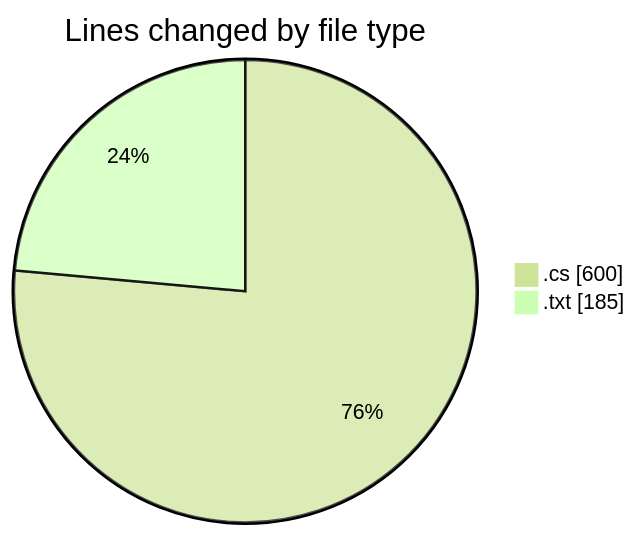
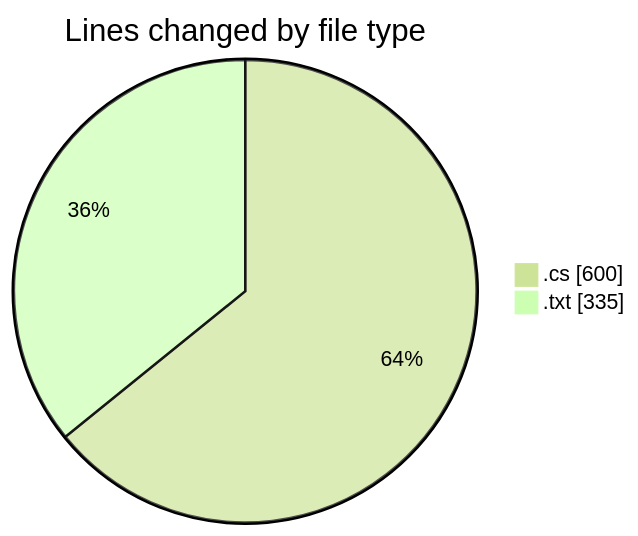
Before and after one commit to charlie-sans/code-tracking: the first of 2 diagrams in 2025-02-08/runner/README.md, drawn with Mermaid (forest theme). The commit also changed other lines of this file and 1 other file, not shown here.

````diff
--- a/2025-02-08/runner/README.md
+++ b/2025-02-08/runner/README.md
@@ -23,6 +23,6 @@
 ```mermaid
 pie showData
 title Lines changed by file type
 ".cs" : 600
-".txt" : 185
+".txt" : 335
 ```
````
